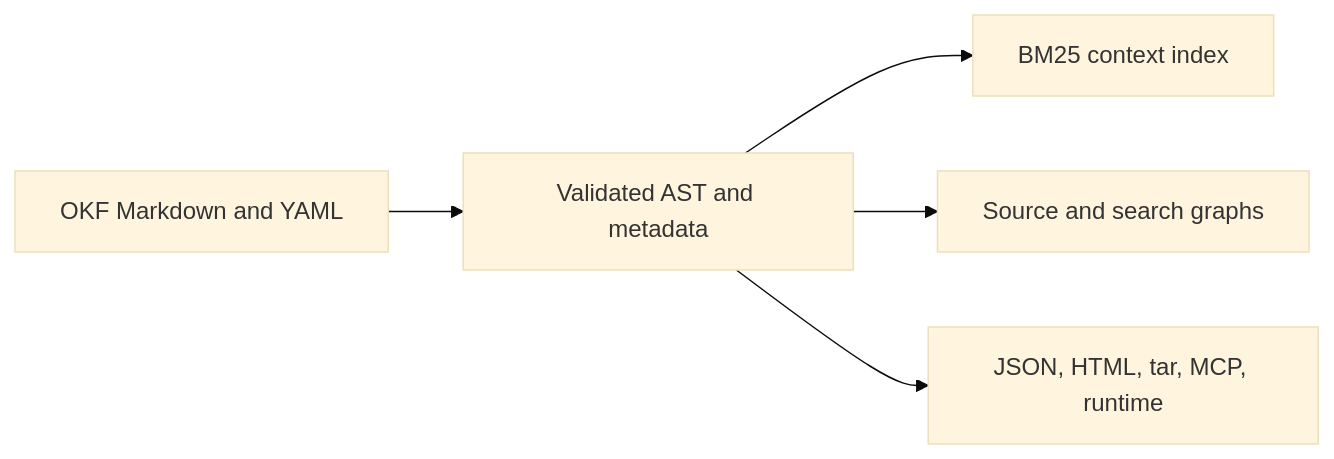
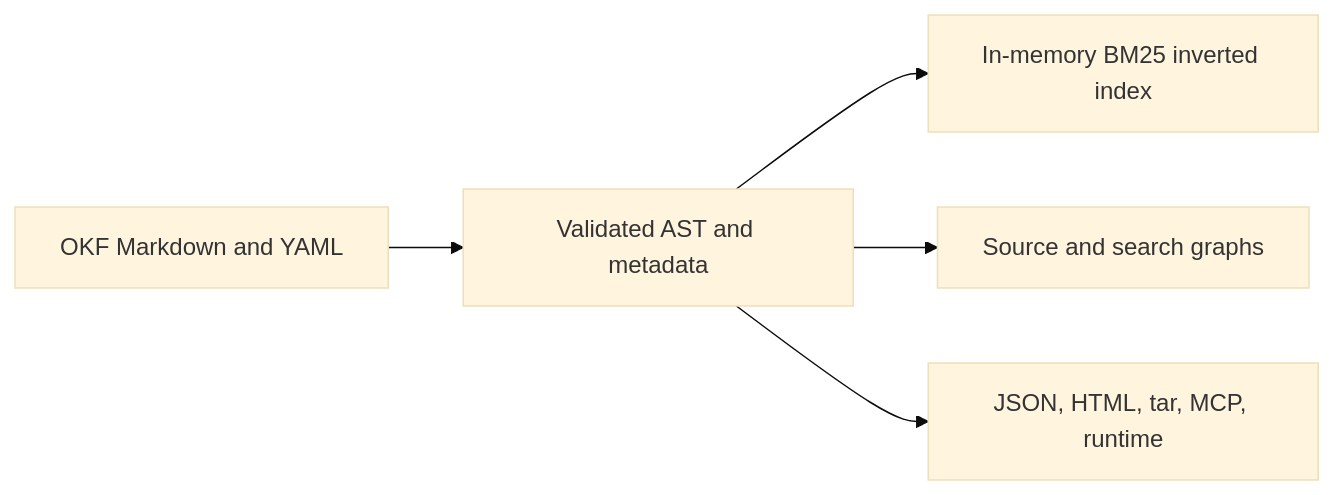
The diagram in Wiki/features/knowledge-architecture.md (openknowledge-sh/openknowledge), drawn with Mermaid (base theme) before and after one commit. The commit also changed other lines of this file and 7 other files, not shown here.

Commit message:
feat(search): add deterministic inverted index

````diff
--- a/Wiki/features/knowledge-architecture.md
+++ b/Wiki/features/knowledge-architecture.md
@@ -15,7 +15,7 @@
 ```mermaid
 flowchart LR
   OKF["OKF Markdown and YAML"] --> AST["Validated AST and metadata"]
-  AST --> Search["BM25 context index"]
+  AST --> Search["In-memory BM25 inverted index"]
   AST --> Graphs["Source and search graphs"]
   AST --> Publish["JSON, HTML, tar, MCP, runtime"]
 ```
````
